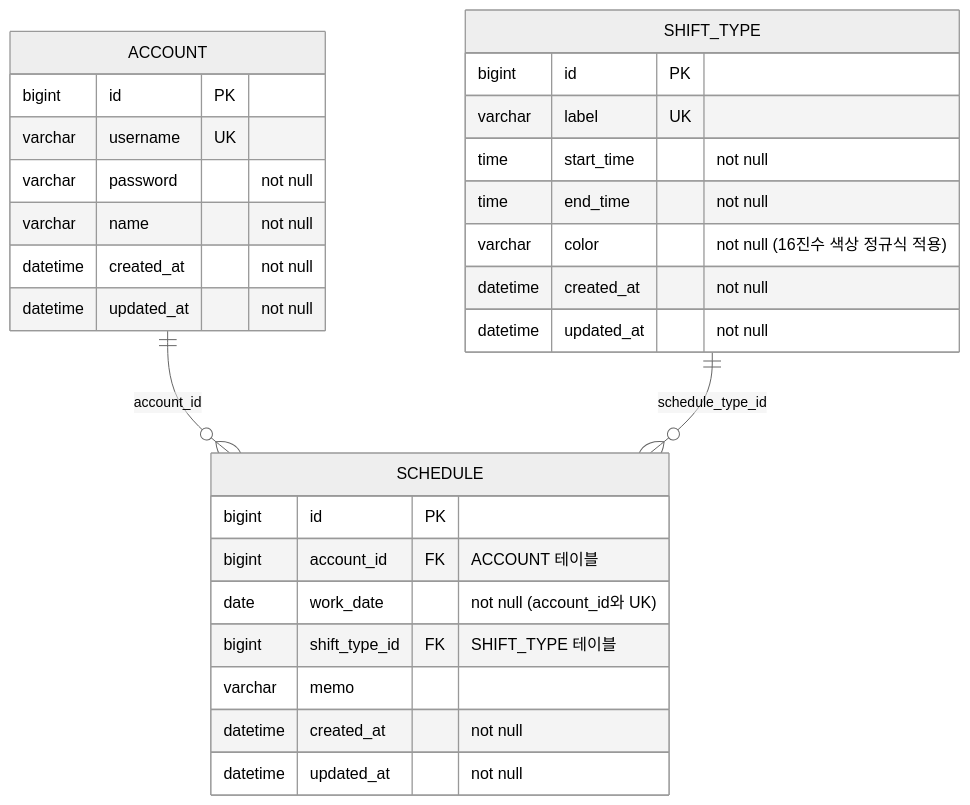
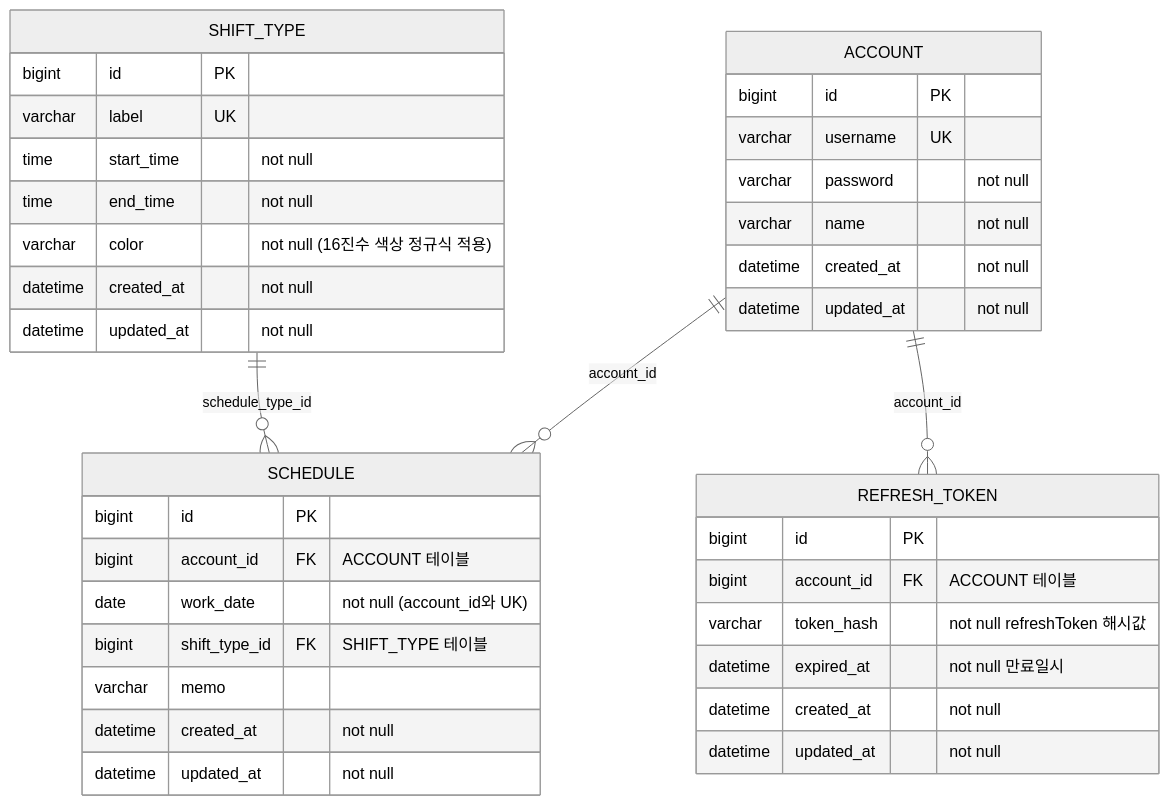
One commit to GuardJo/dietitian-scheduler changed the seventh of 7 diagrams in README.md. Above: the diagram before and after it, drawn with Mermaid (neutral theme). The commit also changed 1 other file, not shown here.

Commit message:
feat: #29 리프레시 토큰 관리를 위한 테이블 스키마 구성
- readme ERD 에 리프레시토큰 테이블 관련 내용 추가
- refreshToken 관리를 위한 테이블 스키마 구성 추가

````diff
--- a/README.md
+++ b/README.md
@@ -228,34 +228,44 @@
 ```mermaid
 erDiagram
     ACCOUNT {
         bigint id PK
         varchar username UK
         varchar password "not null"
         varchar name "not null"
         datetime created_at "not null"
         datetime updated_at "not null"
     }
     
     SHIFT_TYPE {
         bigint id PK
         varchar label UK
         time start_time "not null"
         time end_time "not null"
         varchar color "not null (16진수 색상 정규식 적용)"
         datetime created_at "not null"
         datetime updated_at "not null"
     }
 
     SCHEDULE {
         bigint id PK
         bigint account_id FK "ACCOUNT 테이블"
         date work_date "not null (account_id와 UK)"
         bigint shift_type_id FK "SHIFT_TYPE 테이블"
         varchar memo
         datetime created_at "not null"
         datetime updated_at "not null"
     }
 
+    REFRESH_TOKEN { 
+        bigint id PK
+        bigint account_id FK "ACCOUNT 테이블"
+        varchar token_hash "not null refreshToken 해시값"
+        datetime expired_at "not null 만료일시"
+        datetime created_at "not null"
+        datetime updated_at "not null"
+    }
+
     ACCOUNT ||--o{ SCHEDULE : account_id
     SHIFT_TYPE ||--o{ SCHEDULE : schedule_type_id
+    ACCOUNT ||--o{ REFRESH_TOKEN : account_id
 ```
````
